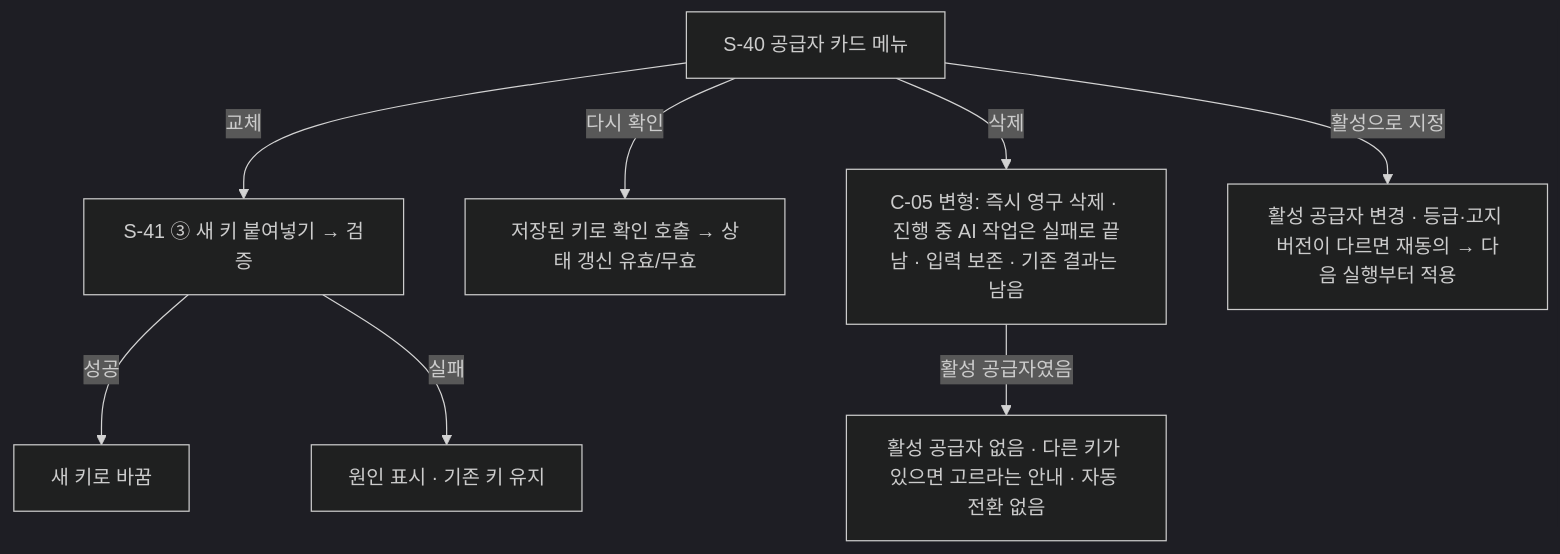
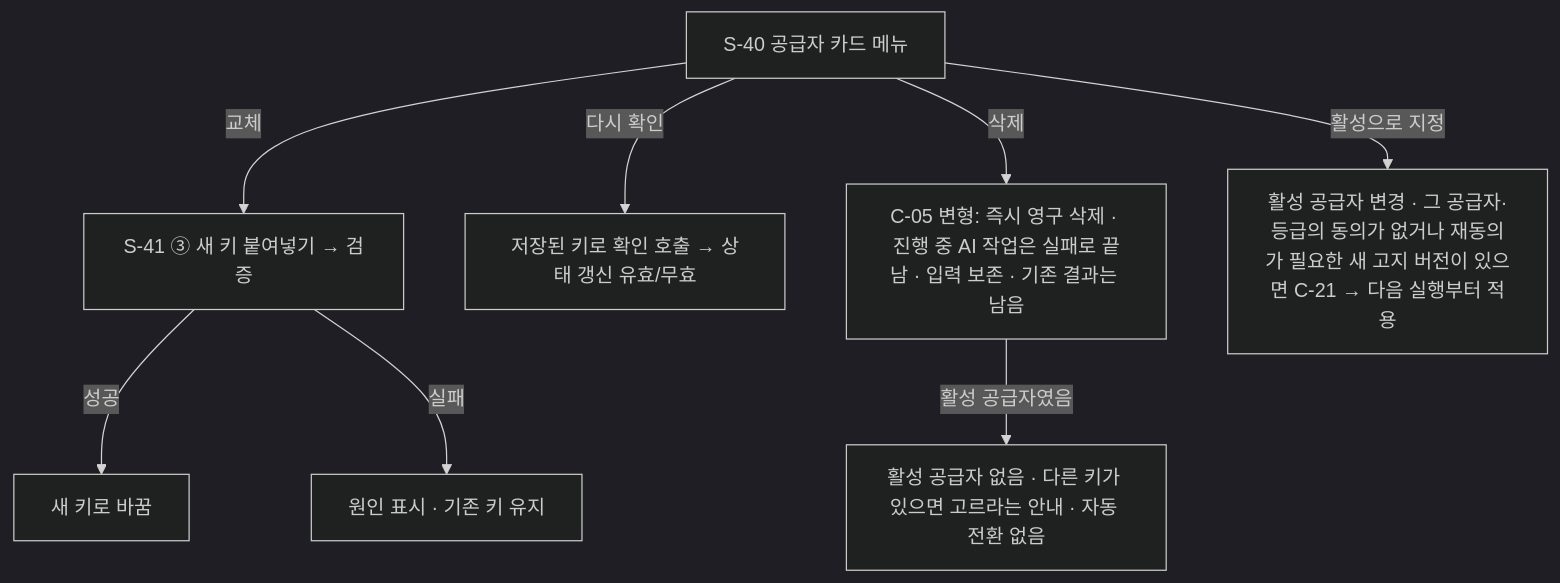
Diagram 19 of 20 in _workspace/02_ux-planner_flows.md (j-hyunn/resumate), drawn with Mermaid (dark theme) before and after one commit. The commit also changed other lines of this file and 19 other files, not shown here.

````diff
--- a/_workspace/02_ux-planner_flows.md
+++ b/_workspace/02_ux-planner_flows.md
@@ -565,10 +601,10 @@
 ```mermaid
 flowchart TD
   A[S-40 공급자 카드 메뉴] -->|교체| R[S-41 ③ 새 키 붙여넣기 → 검증]
   R -->|성공| R1[새 키로 바꿈]
   R -->|실패| R2[원인 표시 · 기존 키 유지]
   A -->|다시 확인| C[저장된 키로 확인 호출 → 상태 갱신 유효/무효]
   A -->|삭제| D[C-05 변형: 즉시 영구 삭제 · 진행 중 AI 작업은 실패로 끝남 · 입력 보존 · 기존 결과는 남음]
   D -->|활성 공급자였음| D1[활성 공급자 없음 · 다른 키가 있으면 고르라는 안내 · 자동 전환 없음]
-  A -->|활성으로 지정| P[활성 공급자 변경 · 등급·고지 버전이 다르면 재동의 → 다음 실행부터 적용]
+  A -->|활성으로 지정| P[활성 공급자 변경 · 그 공급자·등급의 동의가 없거나 재동의가 필요한 새 고지 버전이 있으면 C-21 → 다음 실행부터 적용]
 ```
````
